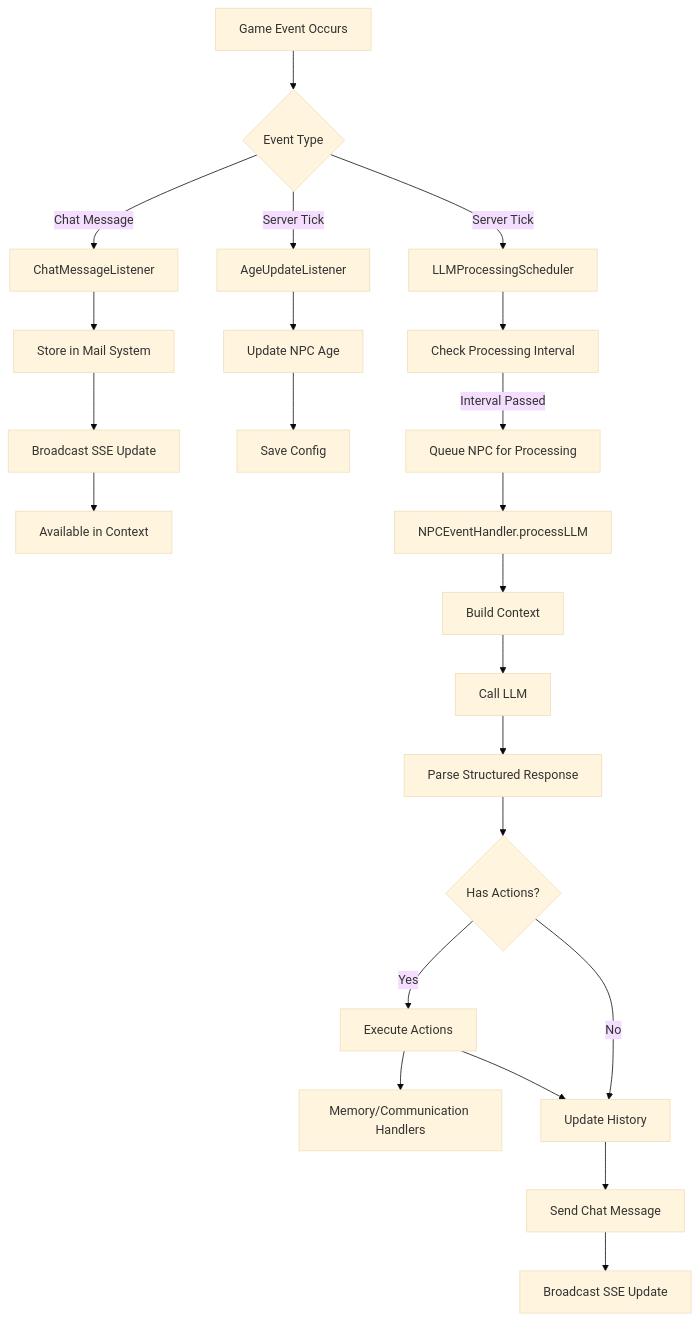
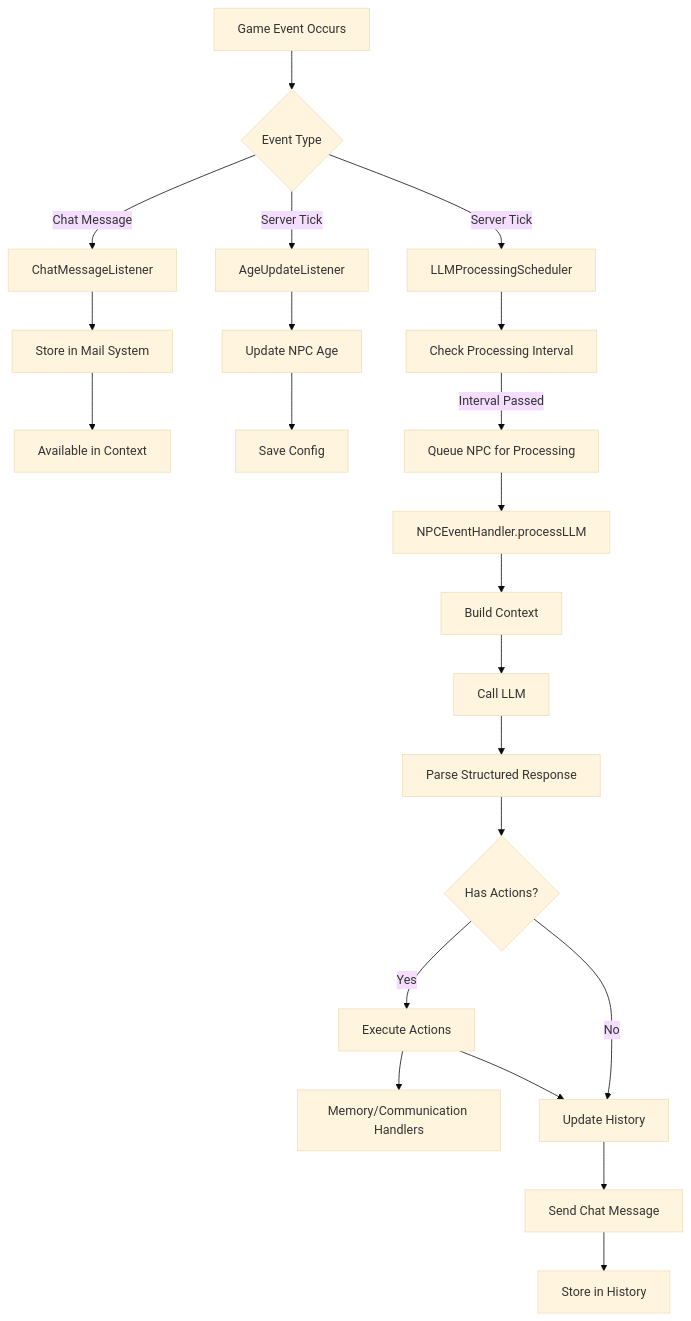
One commit to prskid1000/CraftAgent changed the ninth of 9 diagrams in README.md. Above: the diagram before and after it, drawn with Mermaid (base theme). The commit also changed other lines of this file and 7 other files, not shown here.

````diff
--- a/README.md
+++ b/README.md
@@ -518,28 +518,27 @@
 ```mermaid
 graph TD
     A[Game Event Occurs] --> B{Event Type}
     B -->|Chat Message| C[ChatMessageListener]
     B -->|Server Tick| D[AgeUpdateListener]
     B -->|Server Tick| E[LLMProcessingScheduler]
     
     C --> F[Store in Mail System]
-    F --> G[Broadcast SSE Update]
-    G --> H[Available in Context]
+    F --> H[Available in Context]
     
     D --> I[Update NPC Age]
     I --> J[Save Config]
     
     E --> K[Check Processing Interval]
     K -->|Interval Passed| L[Queue NPC for Processing]
     L --> M[NPCEventHandler.processLLM]
     M --> N[Build Context]
     N --> O[Call LLM]
     O --> P[Parse Structured Response]
     P --> Q{Has Actions?}
     Q -->|Yes| R[Execute Actions]
     R --> S[Memory/Communication Handlers]
     Q -->|No| T[Update History]
     R --> T
     T --> U[Send Chat Message]
-    U --> V[Broadcast SSE Update]
+    U --> V[Store in History]
 ```
````
